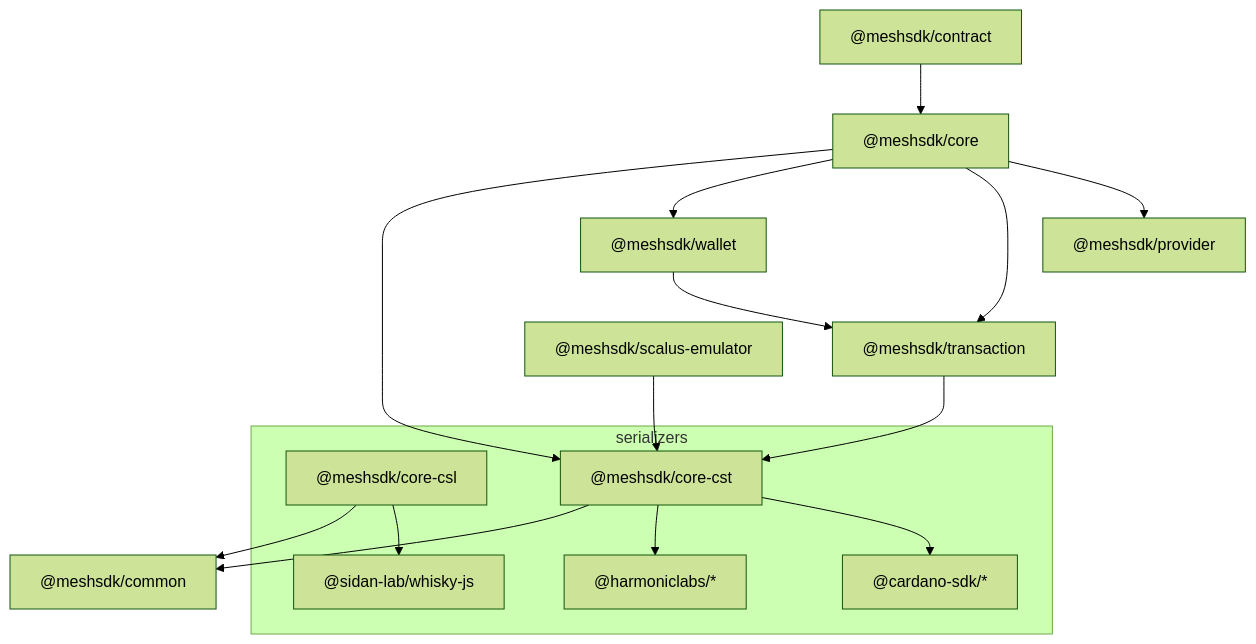
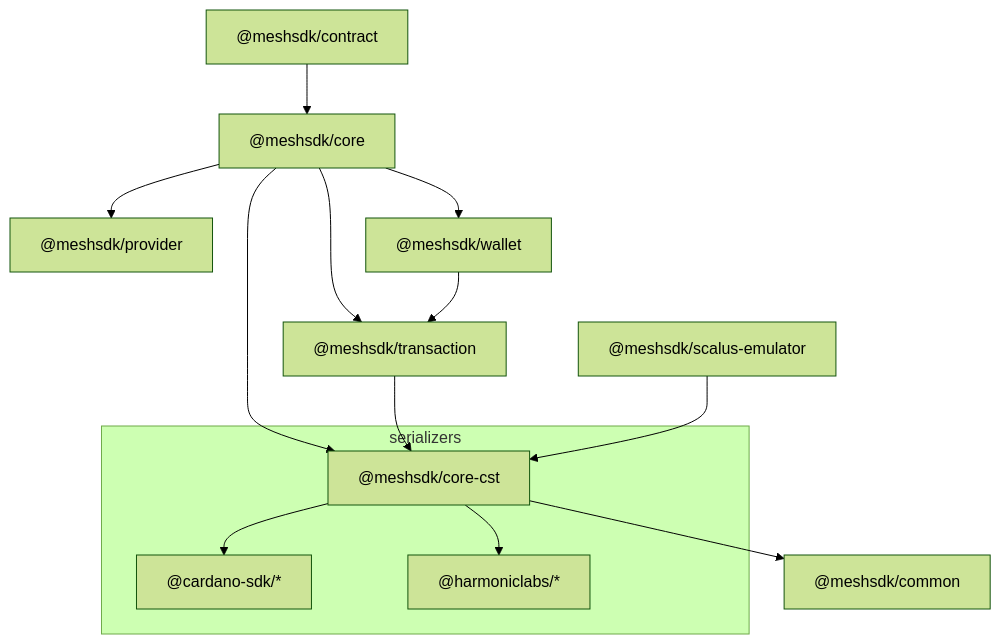
Before and after one commit to MeshJS/mesh: the diagram in README.md, drawn with Mermaid (forest theme). The commit also changed other lines of this file and 113 other files, not shown here.

First line of the commit message:
chore: drop @meshsdk/core-csl

````diff
--- a/README.md
+++ b/README.md
@@ -105,40 +104,35 @@
 ```mermaid
 graph TD
   core["@meshsdk/core"]
   common["@meshsdk/common"]
-  core_csl["@meshsdk/core-csl"]
   core_cst["@meshsdk/core-cst"]
   provider["@meshsdk/provider"]
   transaction["@meshsdk/transaction"]
   wallet["@meshsdk/wallet"]
   contract["@meshsdk/contract"]
   emulator["@meshsdk/scalus-emulator"]
-  whisky["@sidan-lab/whisky-js"]
   cardano_sdk["@cardano-sdk/*"]
   harmoniclabs["@harmoniclabs/*"]
 
   contract --> core
   core --> provider
   core --> transaction
   core --> wallet
   core --> core_cst
   wallet --> transaction
   transaction --> core_cst
   emulator --> core_cst
 
   subgraph serializers
-    core_csl --> whisky
     core_cst --> cardano_sdk
     core_cst --> harmoniclabs
   end
 
   core_cst --> common
-  core_csl --> common
 
-  click core_csl "https://docs.meshjs.dev/core-csl" _parent
   click core_cst "https://docs.meshjs.dev/core-cst" _parent
   click provider "https://github.com/MeshJS/providers" _parent
   click transaction "https://docs.meshjs.dev/transactions" _parent
   click wallet "https://github.com/MeshJS/wallet" _parent
   click contract "https://docs.meshjs.dev/contracts" _parent
 ```
````
